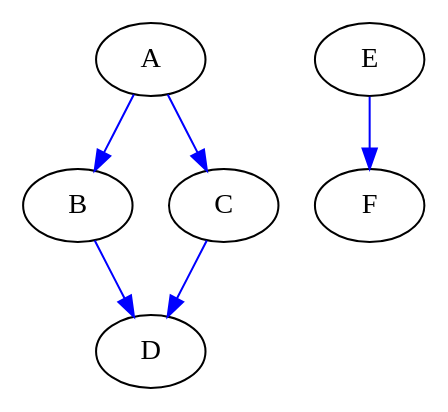
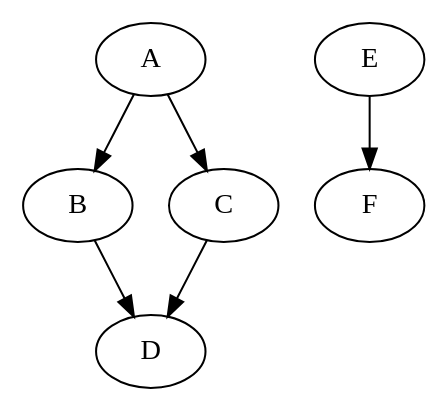
The diagram in thesis/figures/unordered-graph.dot (autermann/master-thesis), drawn with Graphviz before and after one commit. The commit also changed 3 other files, not shown here.

Commit message:
better colors for graphs

```diff
--- a/thesis/figures/unordered-graph.dot
+++ b/thesis/figures/unordered-graph.dot
@@ -1,7 +1,7 @@
 digraph g {
 	graph [fontname = "Linux Biolinum"];
  	node [fontname = "Linux Biolinum"];
- 	edge [color=blue fontname = "Linux Biolinum"];
+ 	edge [fontname = "Linux Biolinum"];
 	A -> {B C} -> D;
 	E -> F;
 }
```
